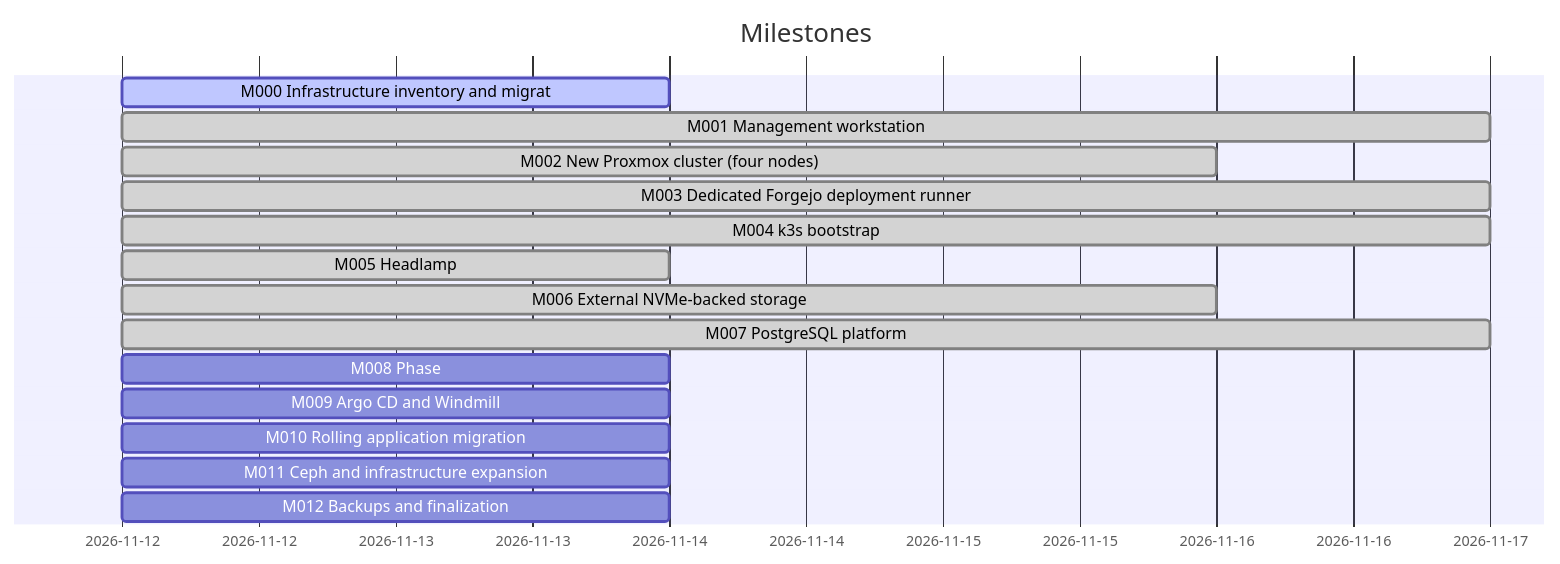
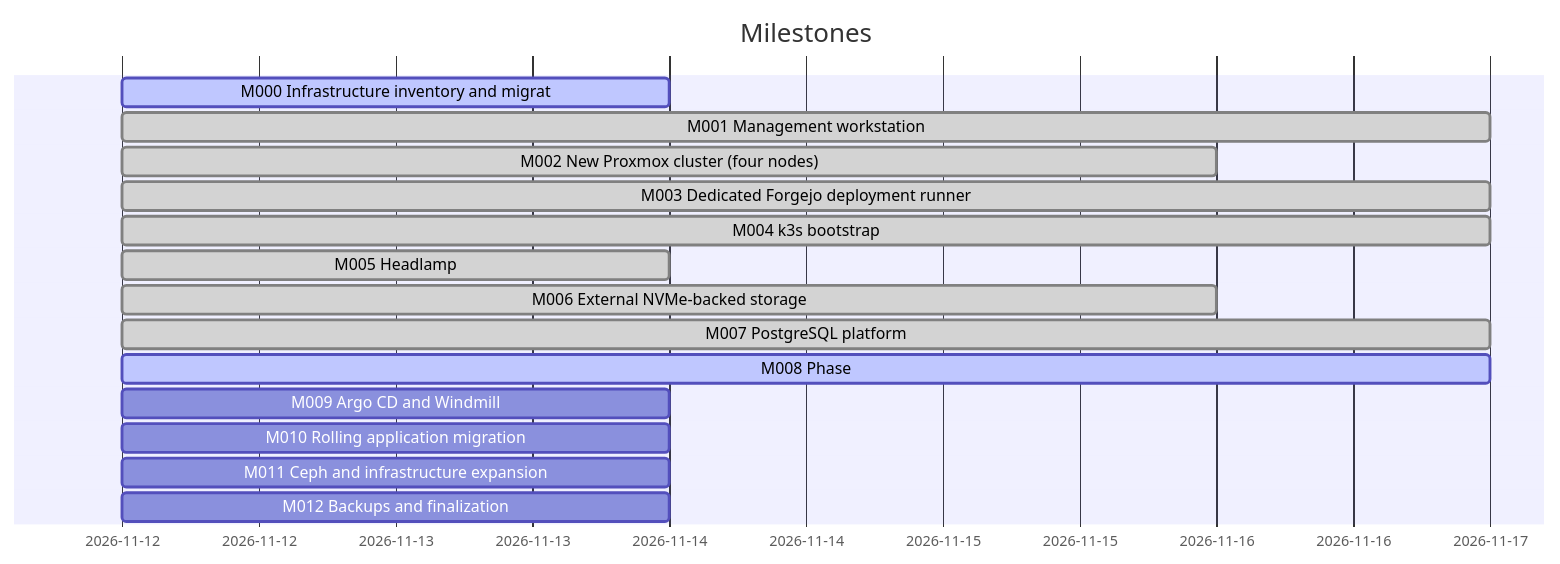
The diagram in docs/dashboard.md (doku-code/homelab-iac), drawn with Mermaid before and after one commit. The commit also changed other lines of this file and 14 other files, not shown here.

````diff
--- a/docs/dashboard.md
+++ b/docs/dashboard.md
@@ -35,18 +35,18 @@
 ```mermaid
 gantt
     dateFormat YYYY-MM-DD
     title Milestones
     M000 Infrastructure inventory and migrat :active, m000, 2026-11-12, 2026-11-14
     M001 Management workstation :done, m001, 2026-11-12, 2026-11-17
     M002 New Proxmox cluster (four nodes) :done, m002, 2026-11-12, 2026-11-16
     M003 Dedicated Forgejo deployment runner :done, m003, 2026-11-12, 2026-11-17
     M004 k3s bootstrap :done, m004, 2026-11-12, 2026-11-17
     M005 Headlamp :done, m005, 2026-11-12, 2026-11-14
     M006 External NVMe-backed storage :done, m006, 2026-11-12, 2026-11-16
     M007 PostgreSQL platform :done, m007, 2026-11-12, 2026-11-17
-    M008 Phase :m008, 2026-11-12, 2026-11-14
+    M008 Phase :active, m008, 2026-11-12, 2026-11-17
     M009 Argo CD and Windmill :m009, 2026-11-12, 2026-11-14
     M010 Rolling application migration :m010, 2026-11-12, 2026-11-14
     M011 Ceph and infrastructure expansion :m011, 2026-11-12, 2026-11-14
     M012 Backups and finalization :m012, 2026-11-12, 2026-11-14
 ```
````
